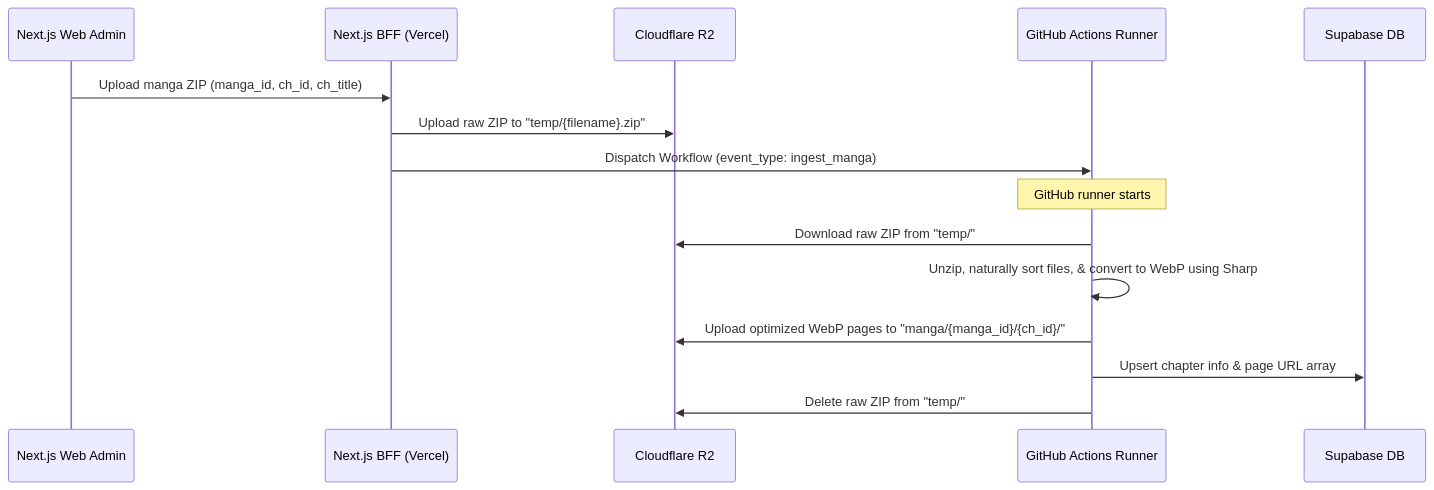
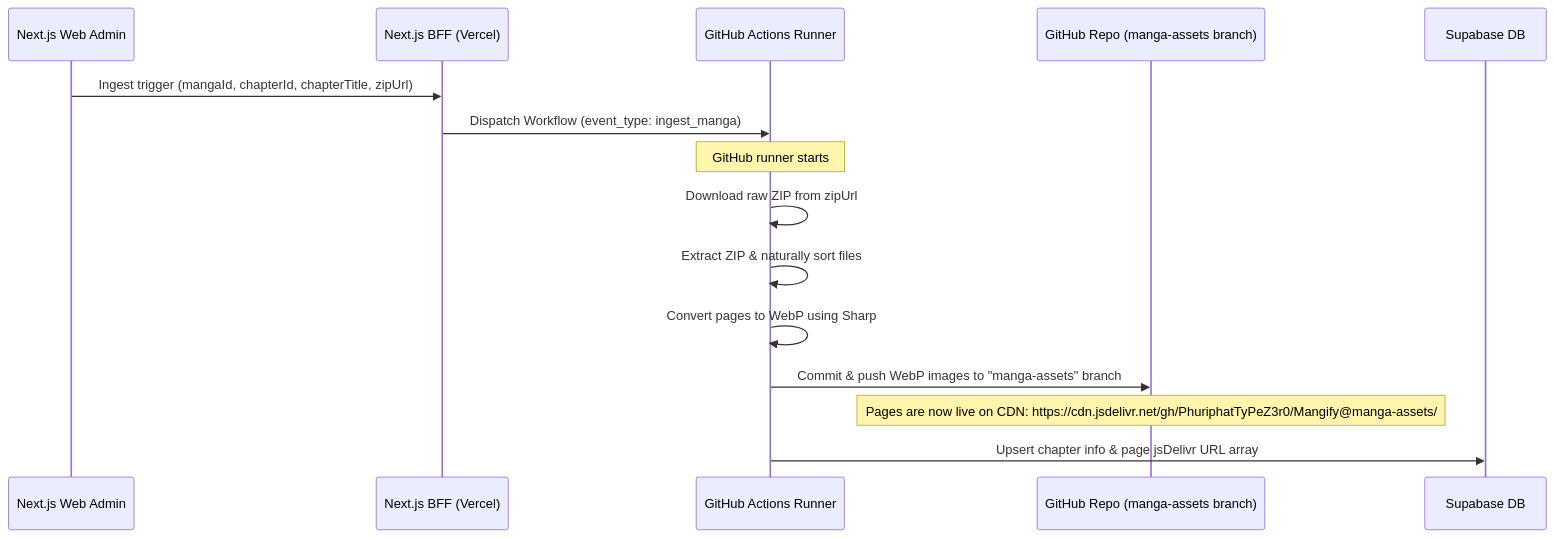
The diagram in Plan/storage_ingestion_plan.md (PhuriphatTyPeZ3r0/Mangify), drawn with Mermaid before and after one commit. The commit also changed other lines of this file and 5 other files, not shown here.

Commit message:
Migrate ingestion pipeline to GitHub + jsDelivr CDN storage method

````diff
--- a/Plan/storage_ingestion_plan.md
+++ b/Plan/storage_ingestion_plan.md
@@ -9,18 +9,18 @@
 ```mermaid
 sequenceDiagram
     participant Admin as Next.js Web Admin
     participant BFF as Next.js BFF (Vercel)
-    participant R2 as Cloudflare R2
     participant GH as GitHub Actions Runner
+    participant Repo as GitHub Repo (manga-assets branch)
     participant DB as Supabase DB
 
-    Admin->>BFF: Upload manga ZIP (manga_id, ch_id, ch_title)
-    BFF->>R2: Upload raw ZIP to "temp/{filename}.zip"
+    Admin->>BFF: Ingest trigger (mangaId, chapterId, chapterTitle, zipUrl)
     BFF->>GH: Dispatch Workflow (event_type: ingest_manga)
     Note over GH: GitHub runner starts
-    GH->>R2: Download raw ZIP from "temp/"
-    GH->>GH: Unzip, naturally sort files, & convert to WebP using Sharp
-    GH->>R2: Upload optimized WebP pages to "manga/{manga_id}/{ch_id}/"
-    GH->>DB: Upsert chapter info & page URL array
-    GH->>R2: Delete raw ZIP from "temp/"
+    GH->>GH: Download raw ZIP from zipUrl
+    GH->>GH: Extract ZIP & naturally sort files
+    GH->>GH: Convert pages to WebP using Sharp
+    GH->>Repo: Commit & push WebP images to "manga-assets" branch
+    Note over Repo: Pages are now live on CDN: https://cdn.jsdelivr.net/gh/PhuriphatTyPeZ3r0/Mangify@manga-assets/
+    GH->>DB: Upsert chapter info & page jsDelivr URL array
 ```
````
